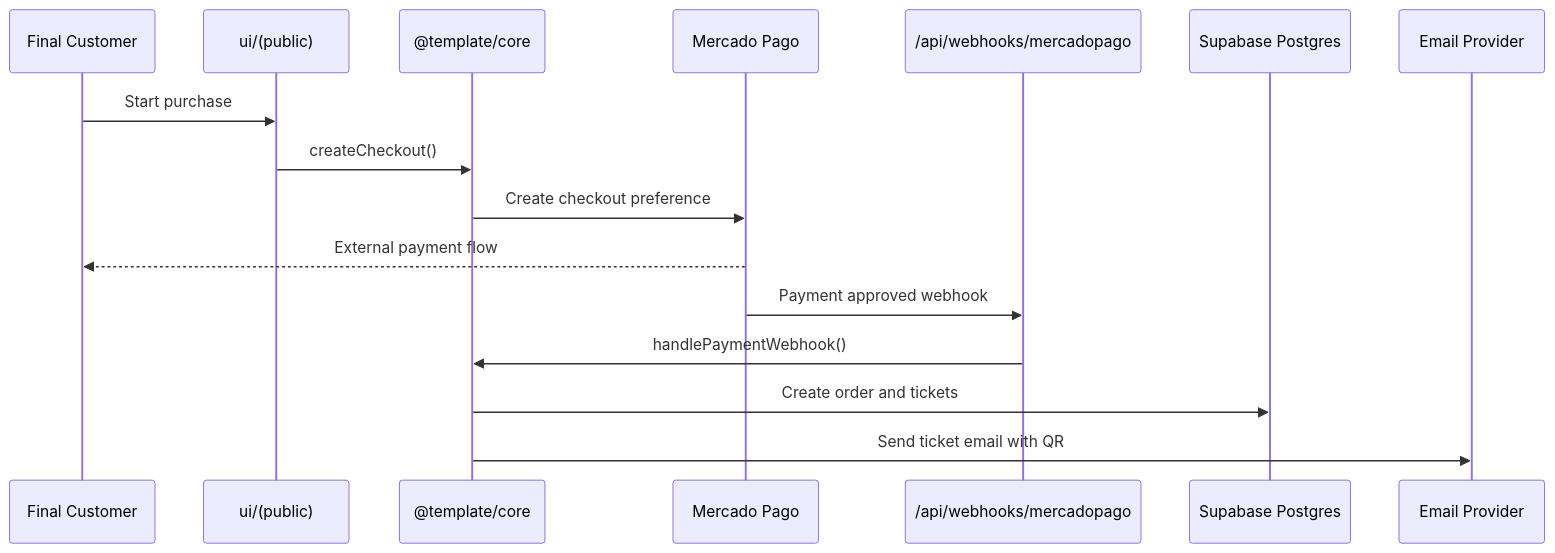
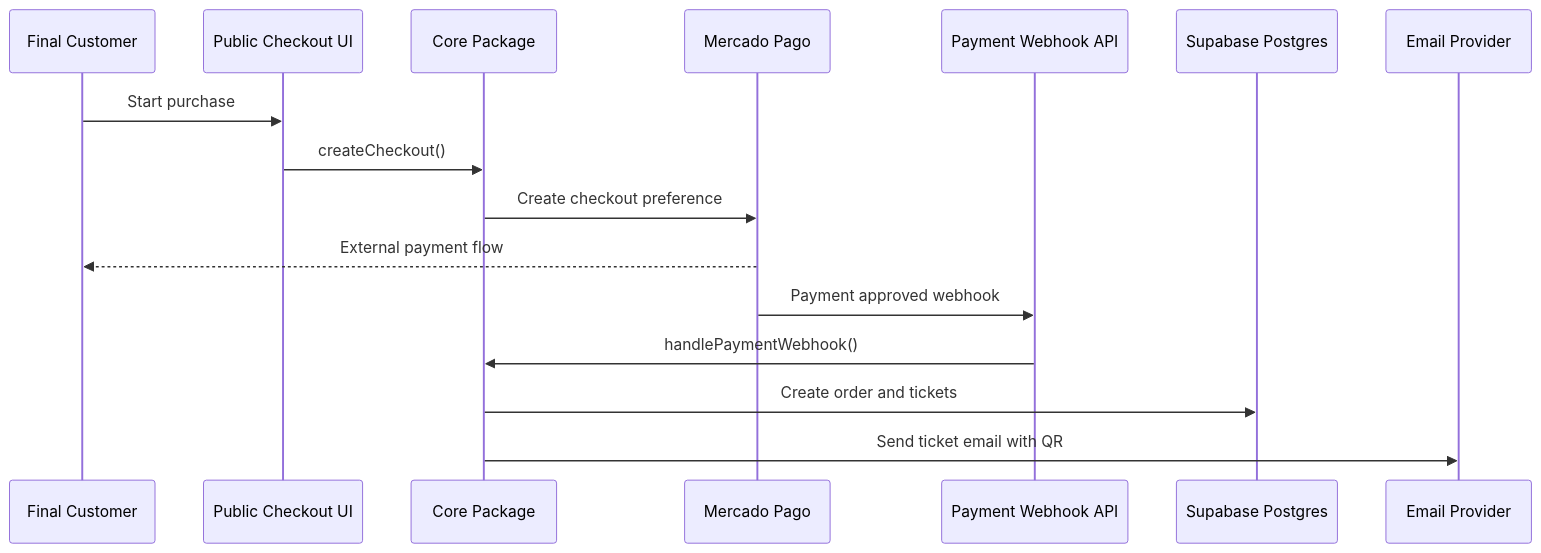
One commit to dtaborda/startup-saas-template changed the sixth of 8 diagrams in docs/tickets/salaticket-monorepo-architecture.md. Above: the diagram before and after it, drawn with Mermaid. The commit also changed other lines of this file, not shown here.

Commit message:
docs(tickets): fix Mermaid rendering compatibility

````diff
--- a/docs/tickets/salaticket-monorepo-architecture.md
+++ b/docs/tickets/salaticket-monorepo-architecture.md
@@ -262,20 +262,20 @@
 ```mermaid
 sequenceDiagram
     participant Buyer as Final Customer
-    participant PublicUI as ui/(public)
-    participant Core as @template/core
+    participant PublicUI as Public Checkout UI
+    participant Core as Core Package
     participant MP as Mercado Pago
-    participant API as /api/webhooks/mercadopago
+    participant API as Payment Webhook API
     participant DB as Supabase Postgres
     participant Mail as Email Provider
 
     Buyer->>PublicUI: Start purchase
     PublicUI->>Core: createCheckout()
     Core->>MP: Create checkout preference
     MP-->>Buyer: External payment flow
 
     MP->>API: Payment approved webhook
     API->>Core: handlePaymentWebhook()
     Core->>DB: Create order and tickets
     Core->>Mail: Send ticket email with QR
 ```
````
